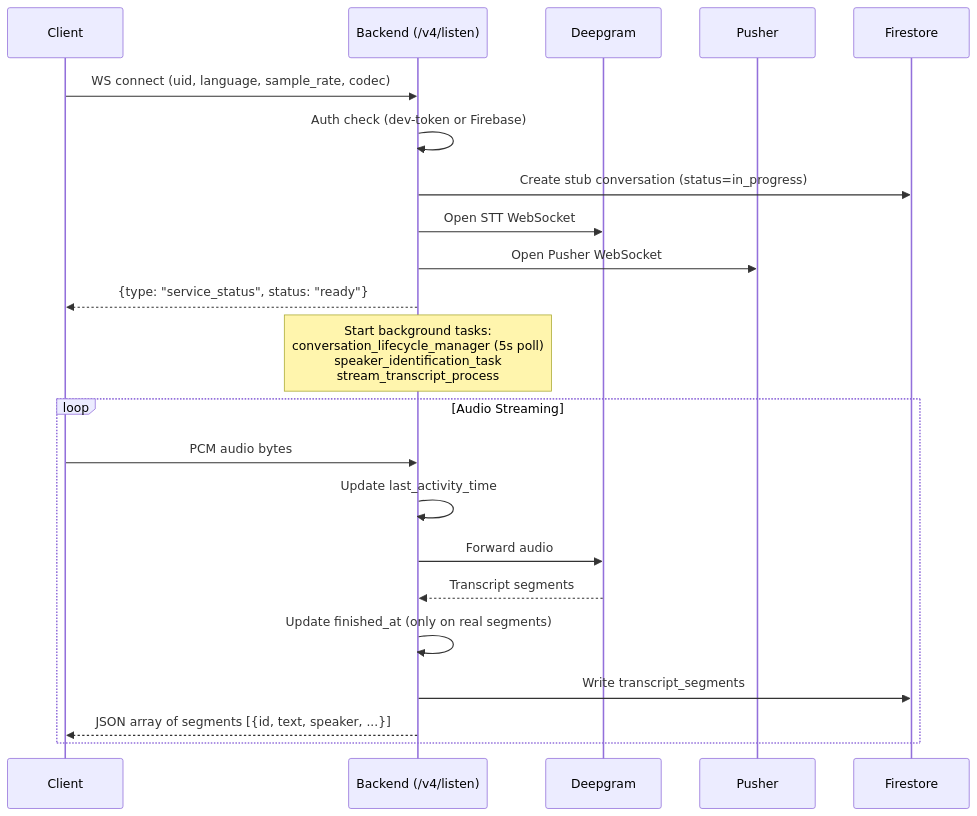
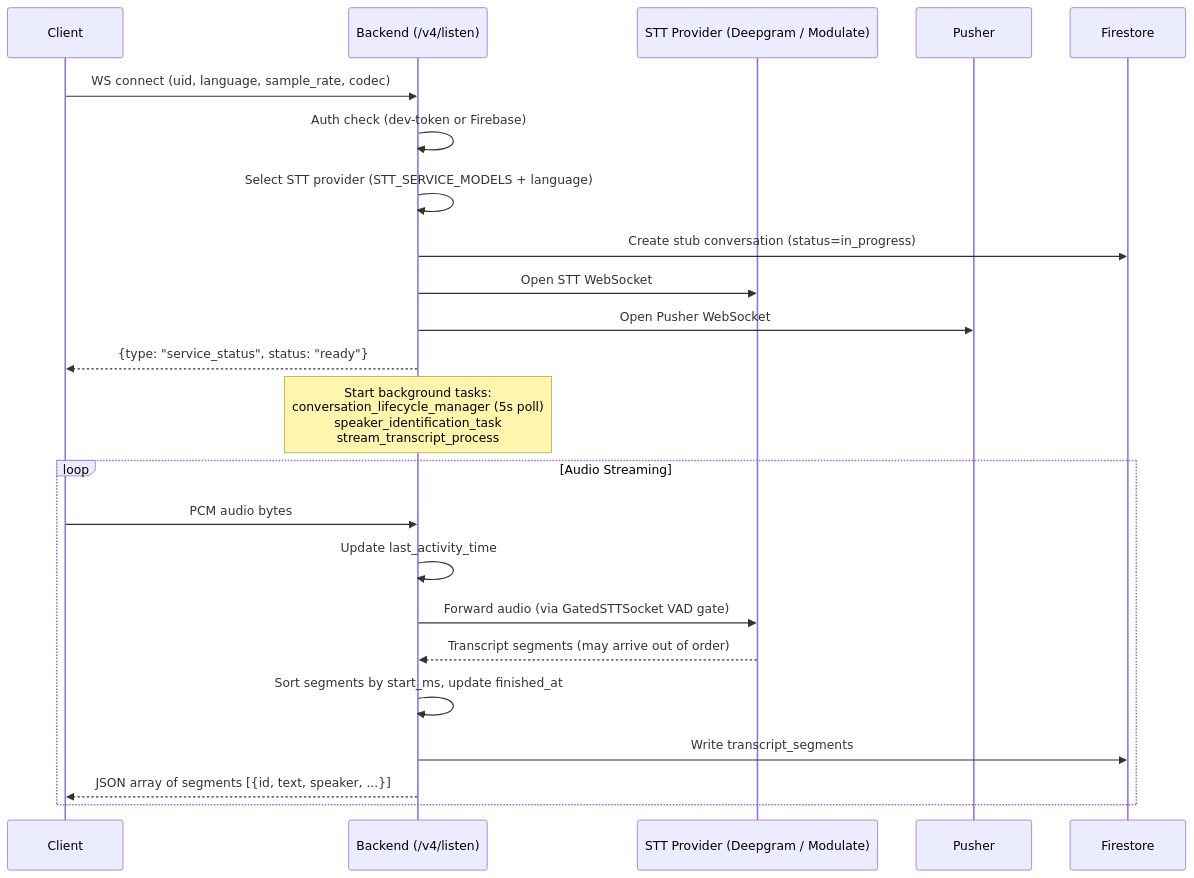
One commit to DG303/omi changed the first of 6 diagrams in docs/doc/developer/backend/listen_pusher_pipeline.mdx. Above: the diagram before and after it, drawn with Mermaid. The commit also changed other lines of this file and 33 other files, not shown here.

First line of the commit message:
feat(stt): add Modulate Velma-2 as second STT provider (#7140) (#7142)

````diff
--- a/docs/doc/developer/backend/listen_pusher_pipeline.mdx
+++ b/docs/doc/developer/backend/listen_pusher_pipeline.mdx
@@ -17,27 +27,28 @@
 ```mermaid
 sequenceDiagram
     participant Client
     participant Backend as Backend (/v4/listen)
-    participant Deepgram
+    participant STT as STT Provider (Deepgram / Modulate)
     participant Pusher
     participant Firestore
 
     Client->>Backend: WS connect (uid, language, sample_rate, codec)
     Backend->>Backend: Auth check (dev-token or Firebase)
+    Backend->>Backend: Select STT provider (STT_SERVICE_MODELS + language)
     Backend->>Firestore: Create stub conversation (status=in_progress)
-    Backend->>Deepgram: Open STT WebSocket
+    Backend->>STT: Open STT WebSocket
     Backend->>Pusher: Open Pusher WebSocket
     Backend-->>Client: {type: "service_status", status: "ready"}
 
     Note over Backend: Start background tasks:<br/>conversation_lifecycle_manager (5s poll)<br/>speaker_identification_task<br/>stream_transcript_process
 
     loop Audio Streaming
         Client->>Backend: PCM audio bytes
         Backend->>Backend: Update last_activity_time
-        Backend->>Deepgram: Forward audio
-        Deepgram-->>Backend: Transcript segments
-        Backend->>Backend: Update finished_at (only on real segments)
+        Backend->>STT: Forward audio (via GatedSTTSocket VAD gate)
+        STT-->>Backend: Transcript segments (may arrive out of order)
+        Backend->>Backend: Sort segments by start_ms, update finished_at
         Backend->>Firestore: Write transcript_segments
         Backend-->>Client: JSON array of segments [{id, text, speaker, ...}]
     end
 ```
````
